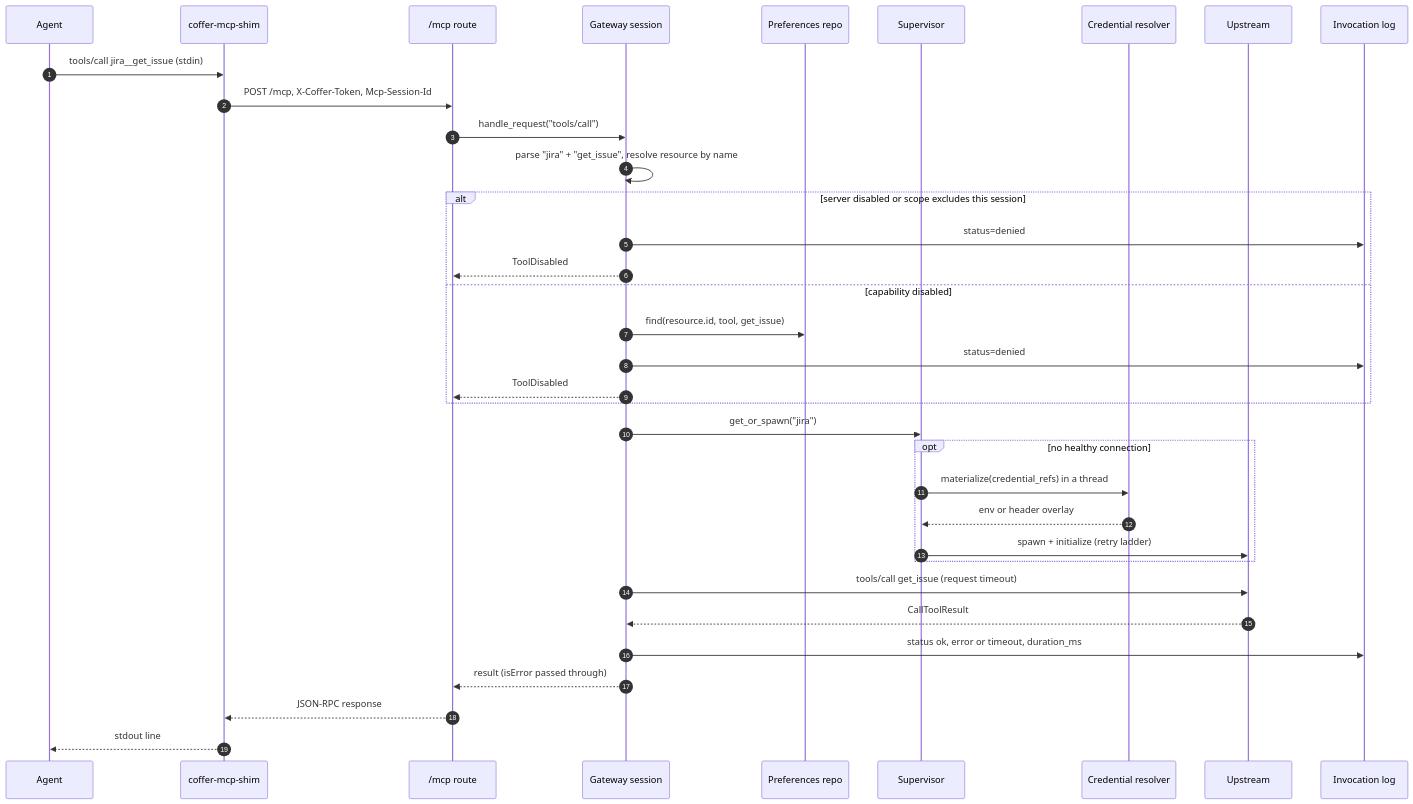
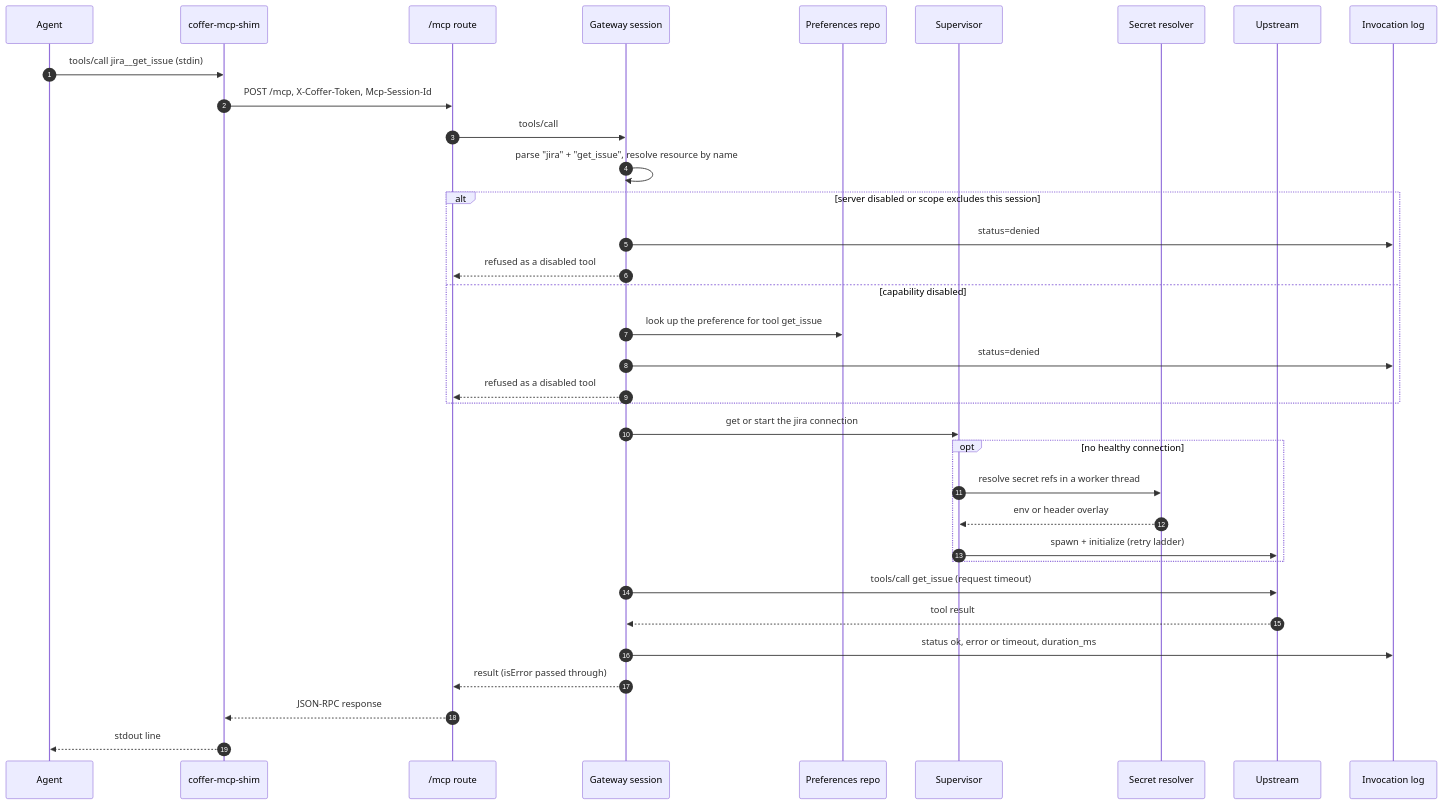
The third of 4 diagrams in docs-site/architecture/mcp-gateway.md (wyx-sg/Coffer), drawn with Mermaid before and after one commit. The commit also changed other lines of this file and 4384 other files, not shown here.

````diff
--- a/docs-site/architecture/mcp-gateway.md
+++ b/docs-site/architecture/mcp-gateway.md
@@ -197,37 +197,37 @@
 ```mermaid
 sequenceDiagram
   autonumber
   participant A as Agent
   participant S as coffer-mcp-shim
   participant R as /mcp route
   participant G as Gateway session
   participant P as Preferences repo
   participant V as Supervisor
-  participant C as Credential resolver
+  participant C as Secret resolver
   participant U as Upstream
   participant L as Invocation log
   A->>S: tools/call jira__get_issue (stdin)
   S->>R: POST /mcp, X-Coffer-Token, Mcp-Session-Id
-  R->>G: handle_request("tools/call")
+  R->>G: tools/call
   G->>G: parse "jira" + "get_issue", resolve resource by name
   alt server disabled or scope excludes this session
     G->>L: status=denied
-    G-->>R: ToolDisabled
+    G-->>R: refused as a disabled tool
   else capability disabled
-    G->>P: find(resource.id, tool, get_issue)
+    G->>P: look up the preference for tool get_issue
     G->>L: status=denied
-    G-->>R: ToolDisabled
+    G-->>R: refused as a disabled tool
   end
-  G->>V: get_or_spawn("jira")
+  G->>V: get or start the jira connection
   opt no healthy connection
-    V->>C: materialize(credential_refs) in a thread
+    V->>C: resolve secret refs in a worker thread
     C-->>V: env or header overlay
     V->>U: spawn + initialize (retry ladder)
   end
   G->>U: tools/call get_issue (request timeout)
-  U-->>G: CallToolResult
+  U-->>G: tool result
   G->>L: status ok, error or timeout, duration_ms
   G-->>R: result (isError passed through)
   R-->>S: JSON-RPC response
   S-->>A: stdout line
 ```
````
